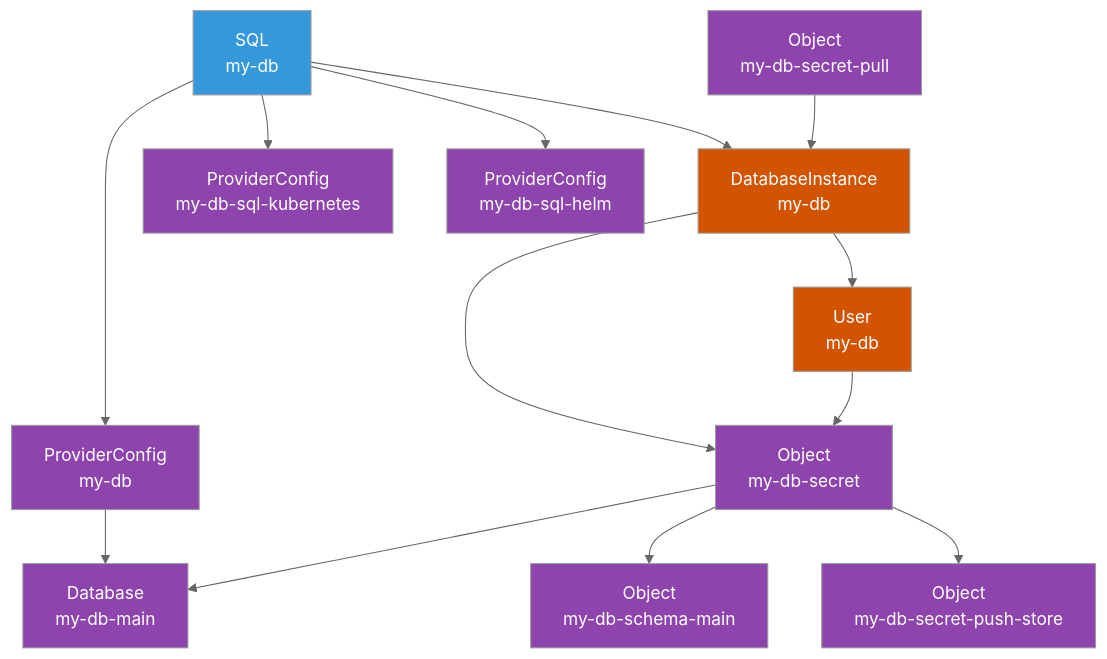
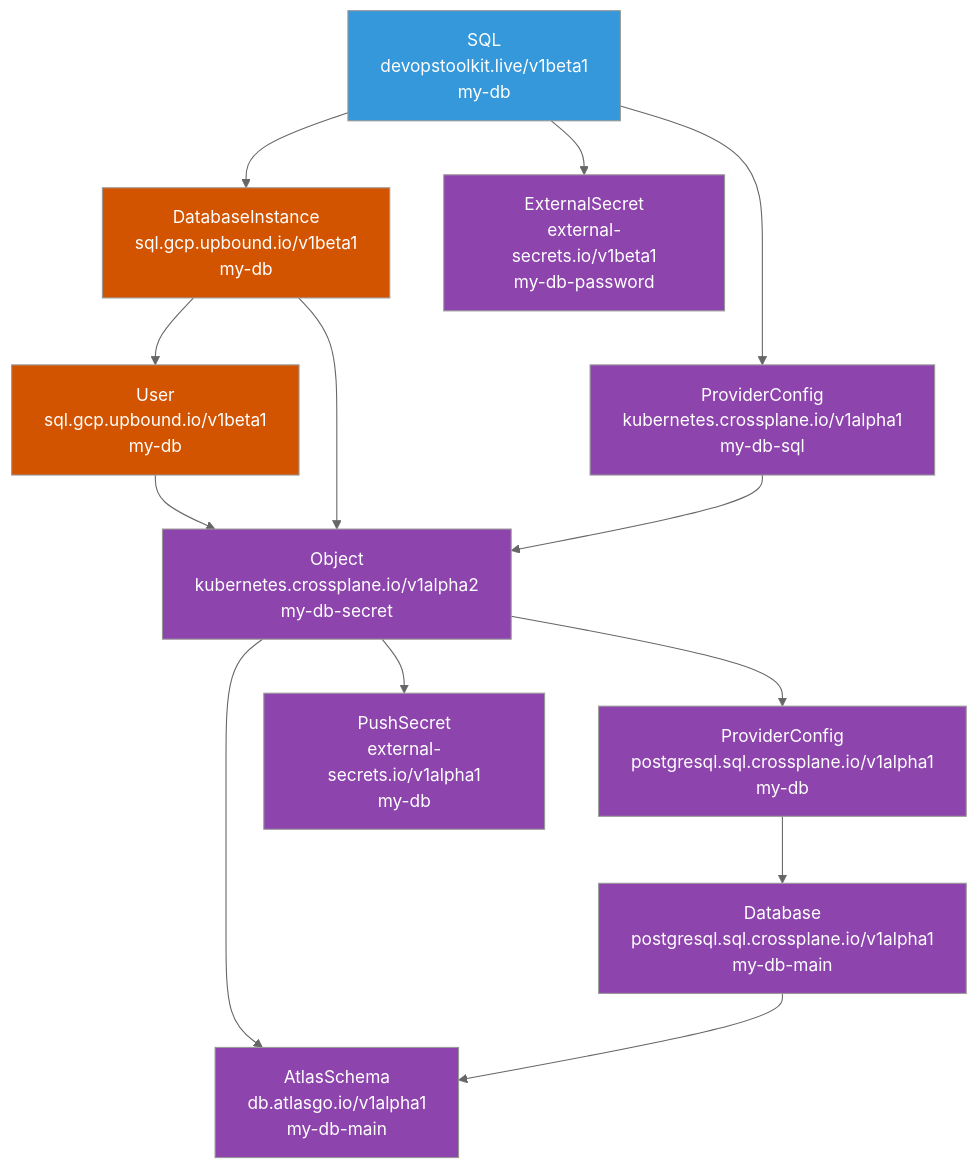
Before and after one commit to vfarcic/crossplane-sql: the diagram in examples/diag-google-eso.md, drawn with Mermaid (neutral theme). The commit also changed other lines of this file and 5 other files, not shown here.

Commit message:
Diagrams [skip ci]

````diff
--- a/examples/diag-google-eso.md
+++ b/examples/diag-google-eso.md
@@ -42,40 +41,41 @@
 ```mermaid
 flowchart TD
     classDef compositeResource fill:#3498db,color:white
     classDef googleResource fill:#D35400,color:white
     classDef otherResource fill:#8E44AD,color:white
 
-    SQL["SQL<br>my-db"]:::compositeResource
+    SQL["SQL<br>devopstoolkit.live/v1beta1<br>my-db"]:::compositeResource
     
     %% Google Cloud Resources
-    DatabaseInstance["DatabaseInstance<br>my-db"]:::googleResource
-    User["User<br>my-db"]:::googleResource
+    DatabaseInstance["DatabaseInstance<br>sql.gcp.upbound.io/v1beta1<br>my-db"]:::googleResource
+    User["User<br>sql.gcp.upbound.io/v1beta1<br>my-db"]:::googleResource
     
     %% Other Resources
-    KProviderConfig["ProviderConfig<br>my-db-sql-kubernetes"]:::otherResource
-    HProviderConfig["ProviderConfig<br>my-db-sql-helm"]:::otherResource
-    SQLProviderConfig["ProviderConfig<br>my-db"]:::otherResource
-    Database["Database<br>my-db-main"]:::otherResource
-    ConnectionSecret["Object<br>my-db-secret"]:::otherResource
-    PasswordSecret["Object<br>my-db-secret-pull"]:::otherResource
-    PushSecret["Object<br>my-db-secret-push-store"]:::otherResource
-    SchemaObject["Object<br>my-db-schema-main"]:::otherResource
+    KubernetesProviderConfig["ProviderConfig<br>kubernetes.crossplane.io/v1alpha1<br>my-db-sql"]:::otherResource
+    PostgreSQLProviderConfig["ProviderConfig<br>postgresql.sql.crossplane.io/v1alpha1<br>my-db"]:::otherResource
+    Database["Database<br>postgresql.sql.crossplane.io/v1alpha1<br>my-db-main"]:::otherResource
+    ConnectionSecret["Object<br>kubernetes.crossplane.io/v1alpha2<br>my-db-secret"]:::otherResource
+    PasswordSecret["ExternalSecret<br>external-secrets.io/v1beta1<br>my-db-password"]:::otherResource
+    PushSecret["PushSecret<br>external-secrets.io/v1alpha1<br>my-db"]:::otherResource
+    AtlasSchema["AtlasSchema<br>db.atlasgo.io/v1alpha1<br>my-db-main"]:::otherResource
     
     %% Resource Relationships
     SQL --> DatabaseInstance
-    SQL --> KProviderConfig
-    SQL --> HProviderConfig
-    SQL --> SQLProviderConfig
+    SQL --> KubernetesProviderConfig
+    SQL --> PasswordSecret
     
     DatabaseInstance --> User
+    
+    User --> ConnectionSecret
     DatabaseInstance --> ConnectionSecret
-    User --> ConnectionSecret
     
-    SQLProviderConfig --> Database
+    KubernetesProviderConfig --> ConnectionSecret
     
-    PasswordSecret --> DatabaseInstance
+    PostgreSQLProviderConfig --> Database
+    ConnectionSecret --> PostgreSQLProviderConfig
     
-    ConnectionSecret --> Database
-    ConnectionSecret --> SchemaObject
     ConnectionSecret --> PushSecret
+    ConnectionSecret --> AtlasSchema
+    
+    Database --> AtlasSchema
 ```
````
